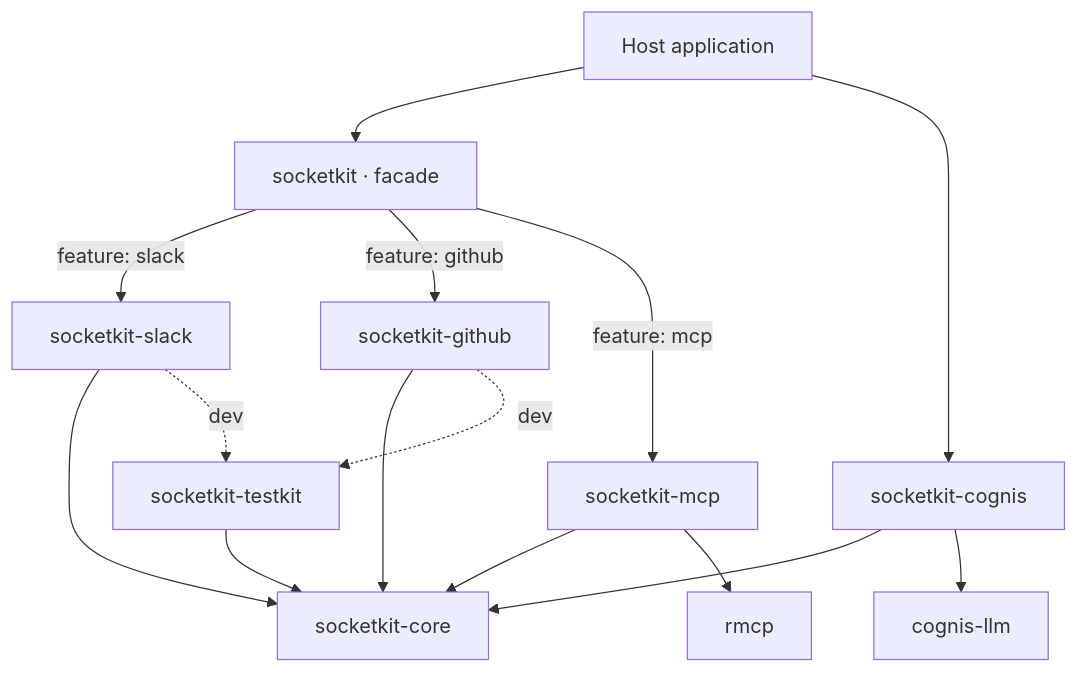
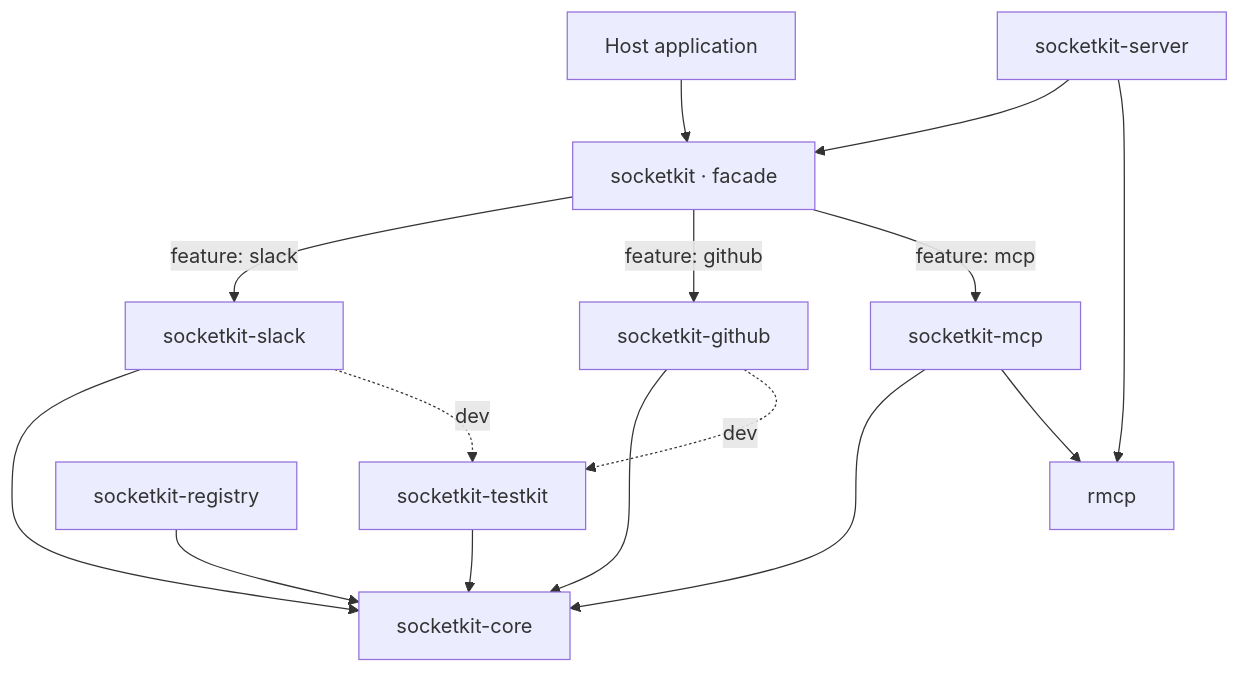
Before and after one commit to 0xteamhq/socket: the second of 4 diagrams in docs/superpowers/specs/2026-10-08-socket-project-design.md, drawn with Mermaid. The commit also changed other lines of this file and 10 other files, not shown here.

Commit message:
docs: rewrite vision and design as a standalone project, add research, catalogue, roadmap and phase 1A plan

````diff
--- a/docs/superpowers/specs/2026-10-08-socket-project-design.md
+++ b/docs/superpowers/specs/2026-10-08-socket-project-design.md
@@ -104,17 +119,17 @@
 ```mermaid
 flowchart TD
     app[Host application] --> facade[socketkit · facade]
     facade -->|feature: slack| slack[socketkit-slack]
     facade -->|feature: github| github[socketkit-github]
     facade -->|feature: mcp| mcp[socketkit-mcp]
     slack --> core[socketkit-core]
     github --> core
     mcp --> core
     mcp --> rmcp[rmcp]
-    app --> bridge[socketkit-cognis]
-    bridge --> core
-    bridge --> cognis[cognis-llm]
+    server[socketkit-server] --> facade
+    server --> rmcp
+    registry[socketkit-registry] --> core
     testkit[socketkit-testkit] --> core
     slack -.dev.-> testkit
     github -.dev.-> testkit
 ```
````
